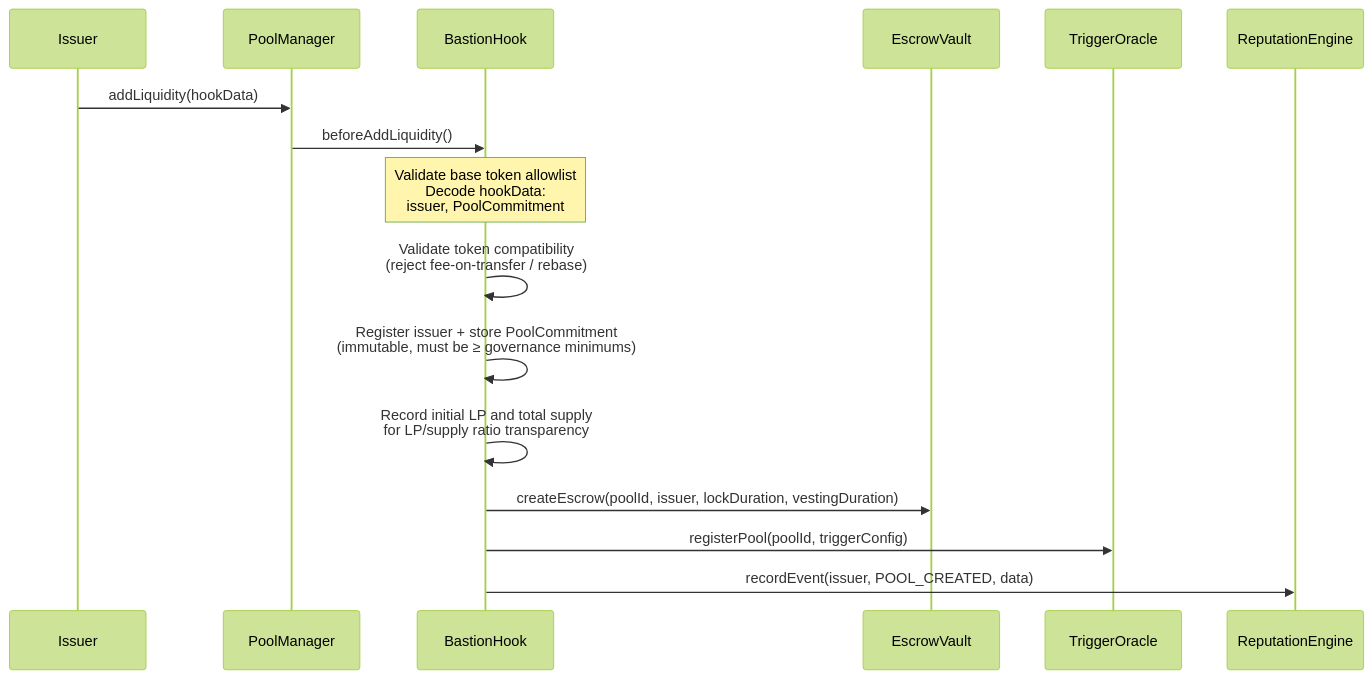
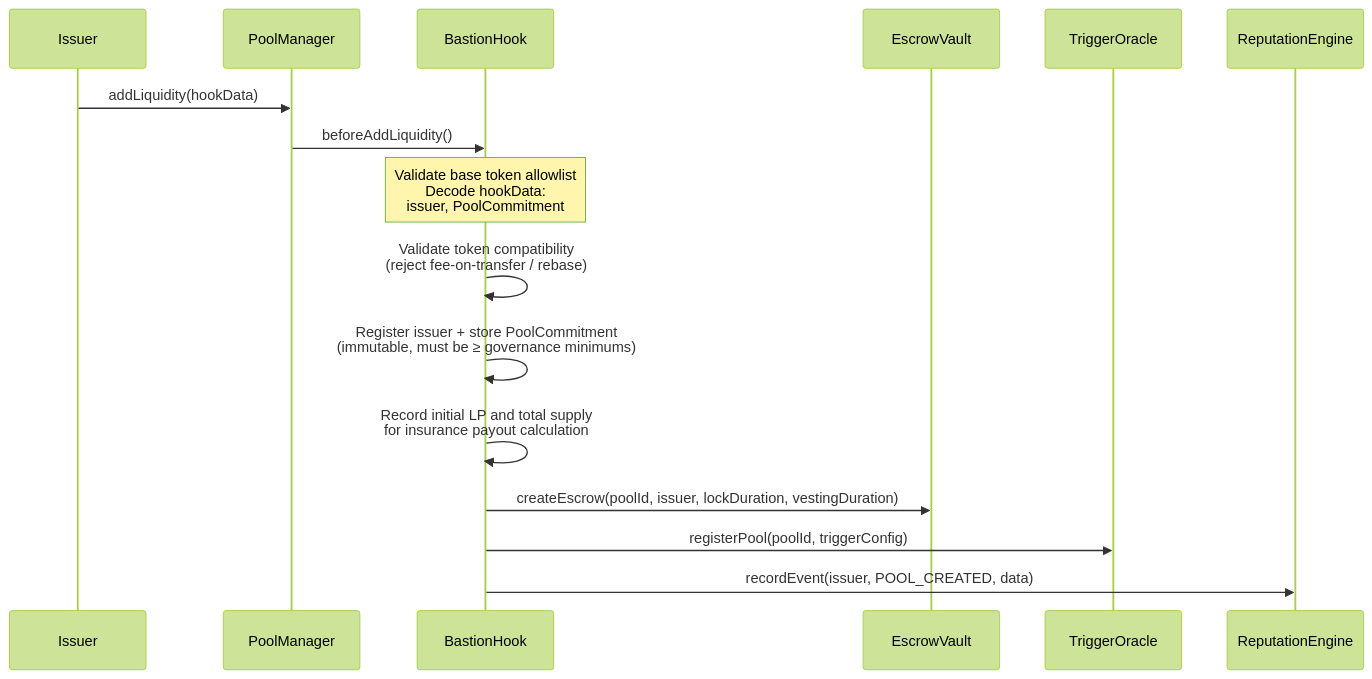
Before and after one commit to bastionswap/bastionswap: the second of 6 diagrams in docs/ARCHITECTURE.md, drawn with Mermaid (forest theme). The commit also changed other lines of this file and 3 other files, not shown here.

````diff
--- a/docs/ARCHITECTURE.md
+++ b/docs/ARCHITECTURE.md
@@ -70,20 +70,20 @@
 ```mermaid
 sequenceDiagram
     participant Issuer
     participant PoolManager
     participant BastionHook
     participant EscrowVault
     participant TriggerOracle
     participant ReputationEngine
 
     Issuer->>PoolManager: addLiquidity(hookData)
     PoolManager->>BastionHook: beforeAddLiquidity()
     Note over BastionHook: Validate base token allowlist<br/>Decode hookData:<br/>issuer, PoolCommitment
 
     BastionHook->>BastionHook: Validate token compatibility<br/>(reject fee-on-transfer / rebase)
     BastionHook->>BastionHook: Register issuer + store PoolCommitment<br/>(immutable, must be ≥ governance minimums)
-    BastionHook->>BastionHook: Record initial LP and total supply<br/>for LP/supply ratio transparency
+    BastionHook->>BastionHook: Record initial LP and total supply<br/>for insurance payout calculation
     BastionHook->>EscrowVault: createEscrow(poolId, issuer, lockDuration, vestingDuration)
     BastionHook->>TriggerOracle: registerPool(poolId, triggerConfig)
     BastionHook->>ReputationEngine: recordEvent(issuer, POOL_CREATED, data)
 ```
````
